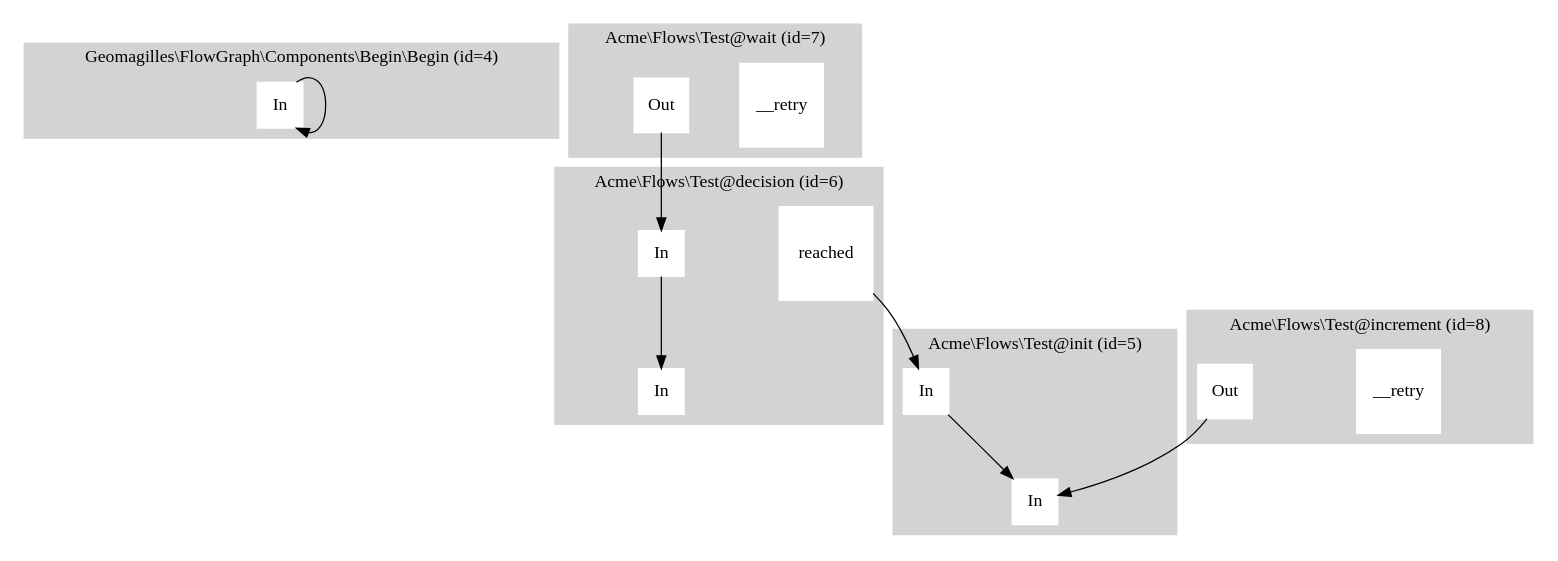
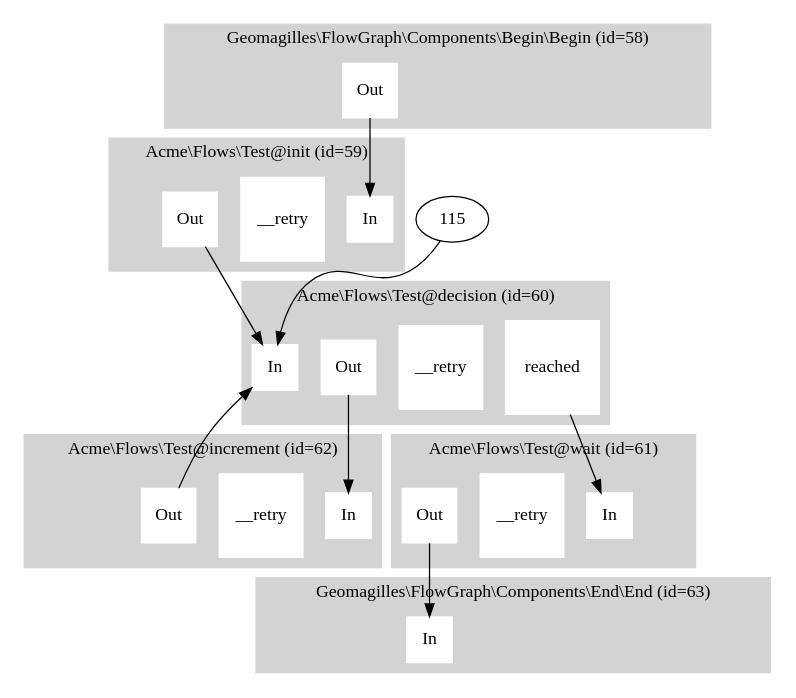
Before and after one commit to geomagilles/flowmanager-test: the diagram in laravel/public/flow_graph.dot, drawn with Graphviz. The commit also changed 6 other files, not shown here.

```diff
--- a/laravel/public/flow_graph.dot
+++ b/laravel/public/flow_graph.dot
@@ -1,65 +1,66 @@
-digraph "3" {
+digraph "57" {
 
-subgraph cluster_4 {
-  label = "Geomagilles\\FlowGraph\\Components\\Begin\\Begin (id=4)";
+subgraph cluster_58 {
+  label = "Geomagilles\\FlowGraph\\Components\\Begin\\Begin (id=58)";
   style = filled;
   color = lightgrey;
   node [style=filled,color=white];
-  1 [label="Out",shape="square"];
+  104 [label="Out",shape="square"];
 }
 
-subgraph cluster_5 {
-  label = "Acme\\Flows\\Test@init (id=5)";
+subgraph cluster_59 {
+  label = "Acme\\Flows\\Test@init (id=59)";
   style = filled;
   color = lightgrey;
   node [style=filled,color=white];
-  1 [label="In",shape="square"];
-  2 [label="__retry",shape="square"];
-  3 [label="Out",shape="square"];
+  105 [label="In",shape="square"];
+  106 [label="__retry",shape="square"];
+  107 [label="Out",shape="square"];
 }
 
-subgraph cluster_6 {
-  label = "Acme\\Flows\\Test@decision (id=6)";
+subgraph cluster_60 {
+  label = "Acme\\Flows\\Test@decision (id=60)";
   style = filled;
   color = lightgrey;
   node [style=filled,color=white];
-  2 [label="In",shape="square"];
-  4 [label="__retry",shape="square"];
-  5 [label="continue",shape="square"];
-  6 [label="reached",shape="square"];
+  108 [label="In",shape="square"];
+  109 [label="__retry",shape="square"];
+  110 [label="Out",shape="square"];
+  111 [label="reached",shape="square"];
 }
 
-subgraph cluster_7 {
-  label = "Acme\\Flows\\Test@wait (id=7)";
+subgraph cluster_61 {
+  label = "Acme\\Flows\\Test@wait (id=61)";
   style = filled;
   color = lightgrey;
   node [style=filled,color=white];
-  3 [label="In",shape="square"];
-  7 [label="__retry",shape="square"];
-  8 [label="Out",shape="square"];
+  112 [label="In",shape="square"];
+  113 [label="__retry",shape="square"];
+  114 [label="Out",shape="square"];
 }
 
-subgraph cluster_8 {
-  label = "Acme\\Flows\\Test@increment (id=8)";
+subgraph cluster_62 {
+  label = "Acme\\Flows\\Test@increment (id=62)";
   style = filled;
   color = lightgrey;
   node [style=filled,color=white];
-  4 [label="In",shape="square"];
-  9 [label="__retry",shape="square"];
-  10 [label="Out",shape="square"];
+  117 [label="In",shape="square"];
+  118 [label="__retry",shape="square"];
+  119 [label="Out",shape="square"];
 }
 
-subgraph cluster_9 {
-  label = "Geomagilles\\FlowGraph\\Components\\End\\End (id=9)";
+subgraph cluster_63 {
+  label = "Geomagilles\\FlowGraph\\Components\\End\\End (id=63)";
   style = filled;
   color = lightgrey;
   node [style=filled,color=white];
-  5 [label="In",shape="square"];
+  120 [label="In",shape="square"];
 }
-"1"->"1";
-"3"->"2";
-"5"->"4";
-"6"->"3";
-"8"->"5";
-"10"->"2";
+"104"->"105";
+"107"->"108";
+"110"->"117";
+"111"->"112";
+"114"->"120";
+"115"->"108";
+"119"->"108";
 }
```
